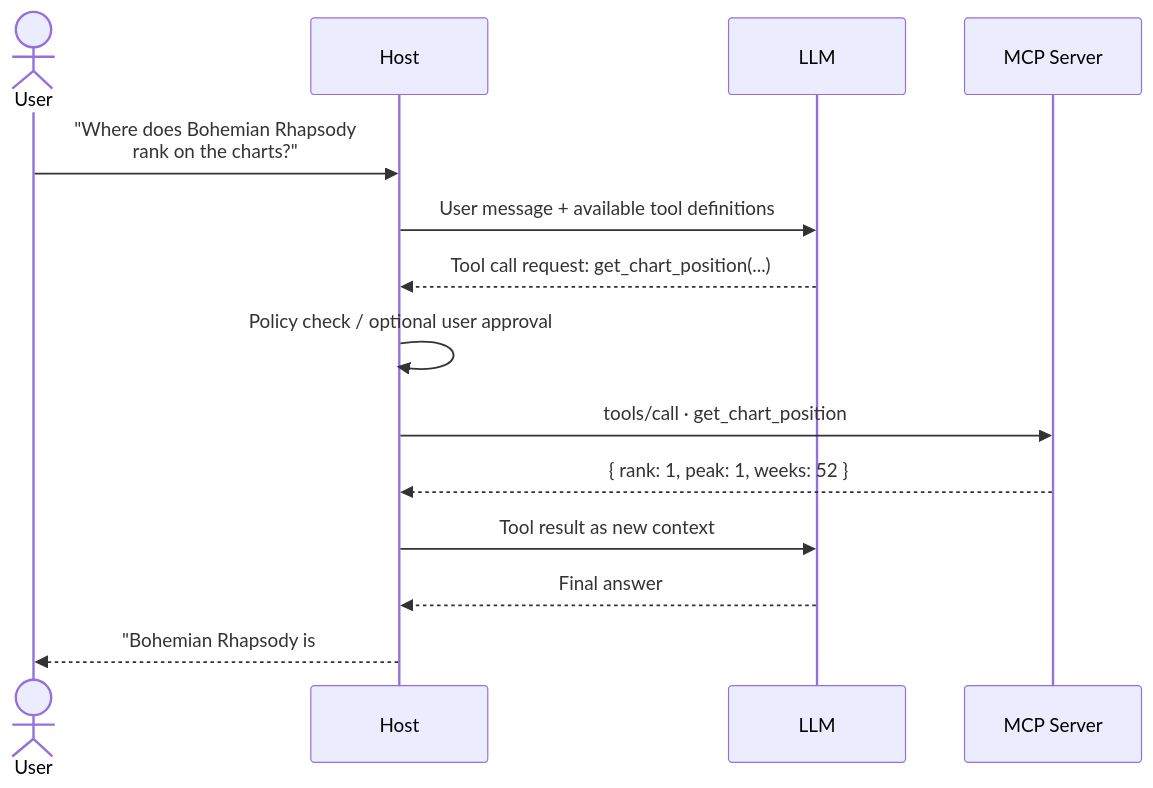
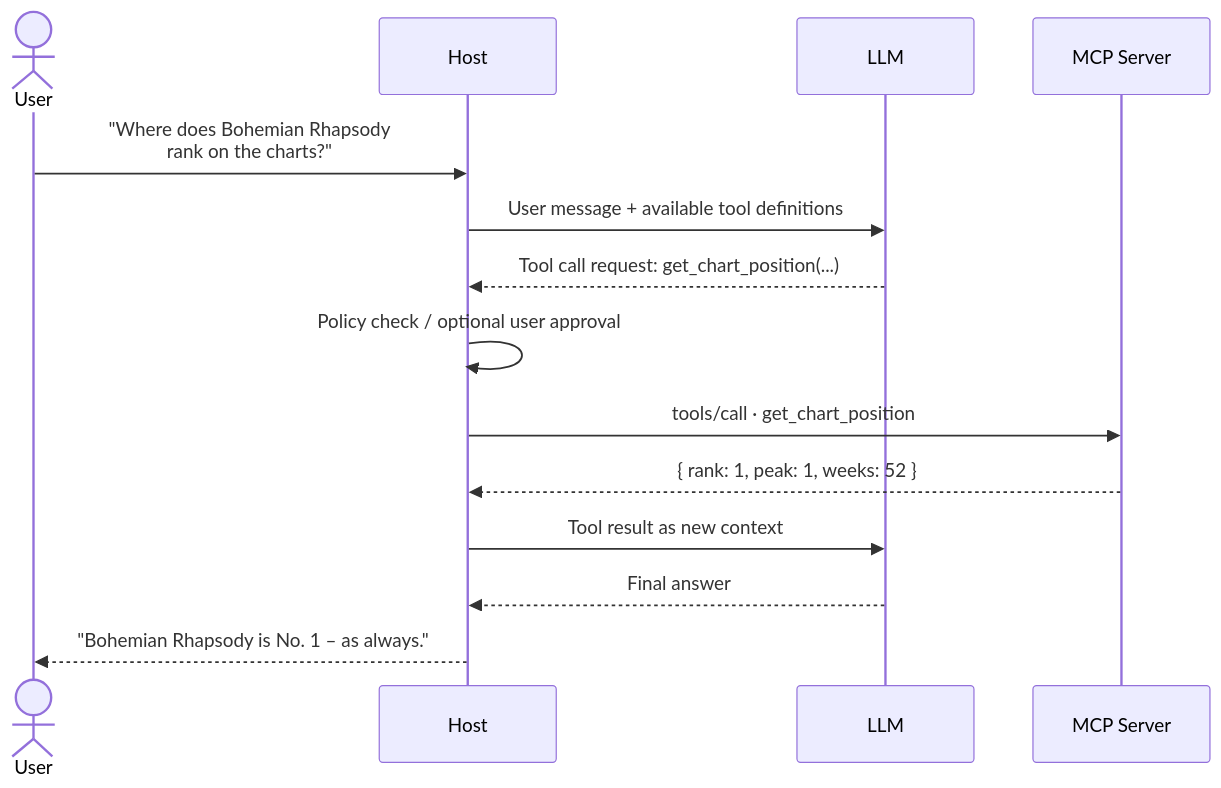
The fourth of 5 diagrams in slidev/slides.md (L-C-P/mcp-talk-dotnet-demo), drawn with Mermaid before and after one commit. The commit also changed other lines of this file and 6 other files, not shown here.

````diff
--- a/slidev/slides.md
+++ b/slidev/slides.md
@@ -615,16 +628,16 @@
 ```mermaid {scale: 0.6}
 sequenceDiagram
     actor User
     participant Host
     participant LLM
     participant MCP as MCP Server
     User ->> Host: "Where does Bohemian Rhapsody<br/>rank on the charts?"
     Host ->> LLM: User message + available tool definitions
     LLM -->> Host: Tool call request: get_chart_position(...)
     Host ->> Host: Policy check / optional user approval
     Host ->> MCP: tools/call · get_chart_position
     MCP -->> Host: { rank: 1, peak: 1, weeks: 52 }
     Host ->> LLM: Tool result as new context
     LLM -->> Host: Final answer
-    Host -->> User: "Bohemian Rhapsody is#1 – as always."
+    Host -->> User: "Bohemian Rhapsody is No. 1 – as always."
 ```
````
